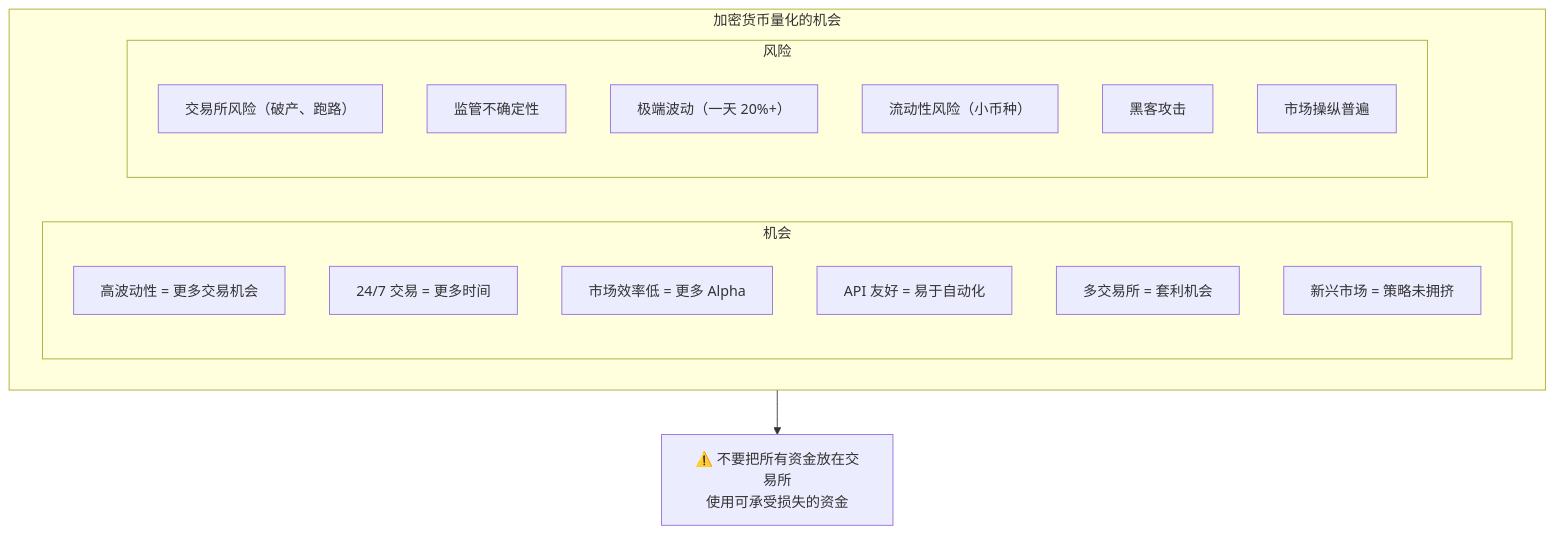
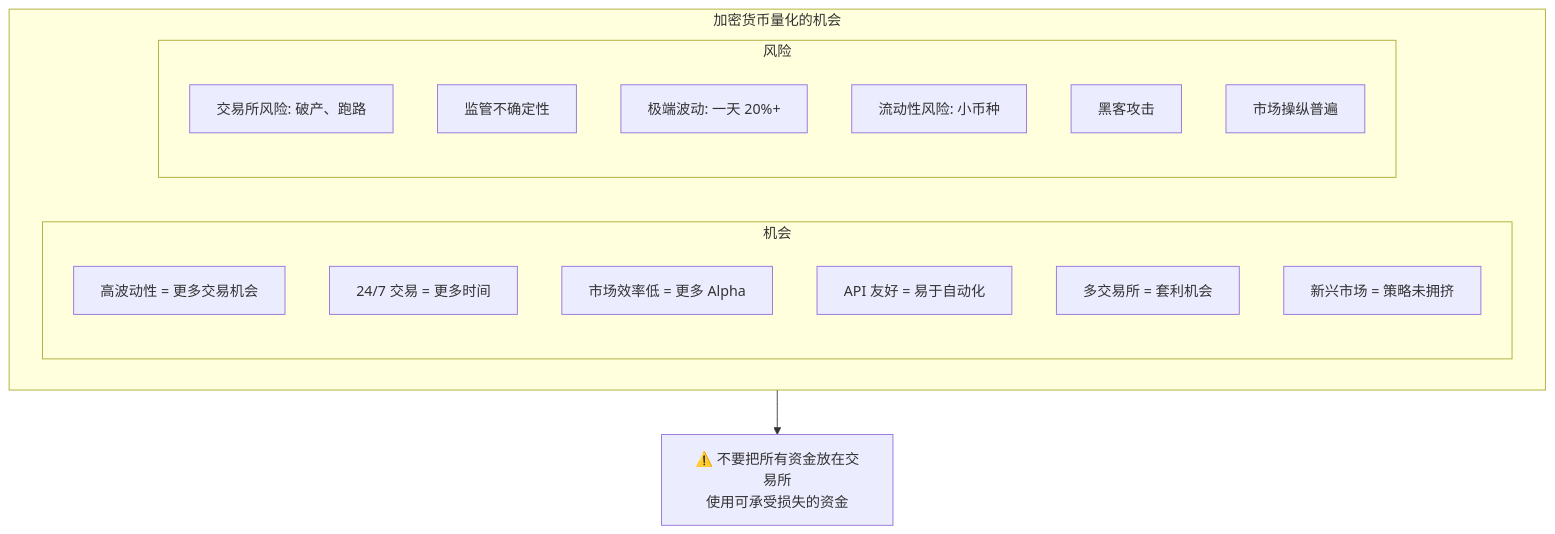
Before and after one commit to jpixy/jpixy.github.io: the first of 5 diagrams in content/articles/quant/quant-11-加密货币量化.md, drawn with Mermaid. The commit also changed other lines of this file and 66 other files, not shown here.

Commit message:
fix: resolve Mermaid syntax errors by removing parentheses in node labels

````diff
--- a/content/articles/quant/quant-11-加密货币量化.md
+++ b/content/articles/quant/quant-11-加密货币量化.md
@@ -33,22 +33,22 @@
 ```mermaid
 graph TB
     subgraph 量化机遇["加密货币量化的机会"]
         subgraph 机会
             J1["高波动性 = 更多交易机会"]
             J2["24/7 交易 = 更多时间"]
             J3["市场效率低 = 更多 Alpha"]
             J4["API 友好 = 易于自动化"]
             J5["多交易所 = 套利机会"]
             J6["新兴市场 = 策略未拥挤"]
         end
         subgraph 风险
-            F1["交易所风险（破产、跑路）"]
+            F1["交易所风险: 破产、跑路"]
             F2["监管不确定性"]
-            F3["极端波动（一天 20%+）"]
-            F4["流动性风险（小币种）"]
+            F3["极端波动: 一天 20%+"]
+            F4["流动性风险: 小币种"]
             F5["黑客攻击"]
             F6["市场操纵普遍"]
         end
     end
     量化机遇 --> 核心原则["⚠️ 不要把所有资金放在交易所<br/>使用可承受损失的资金"]
 ```
````
